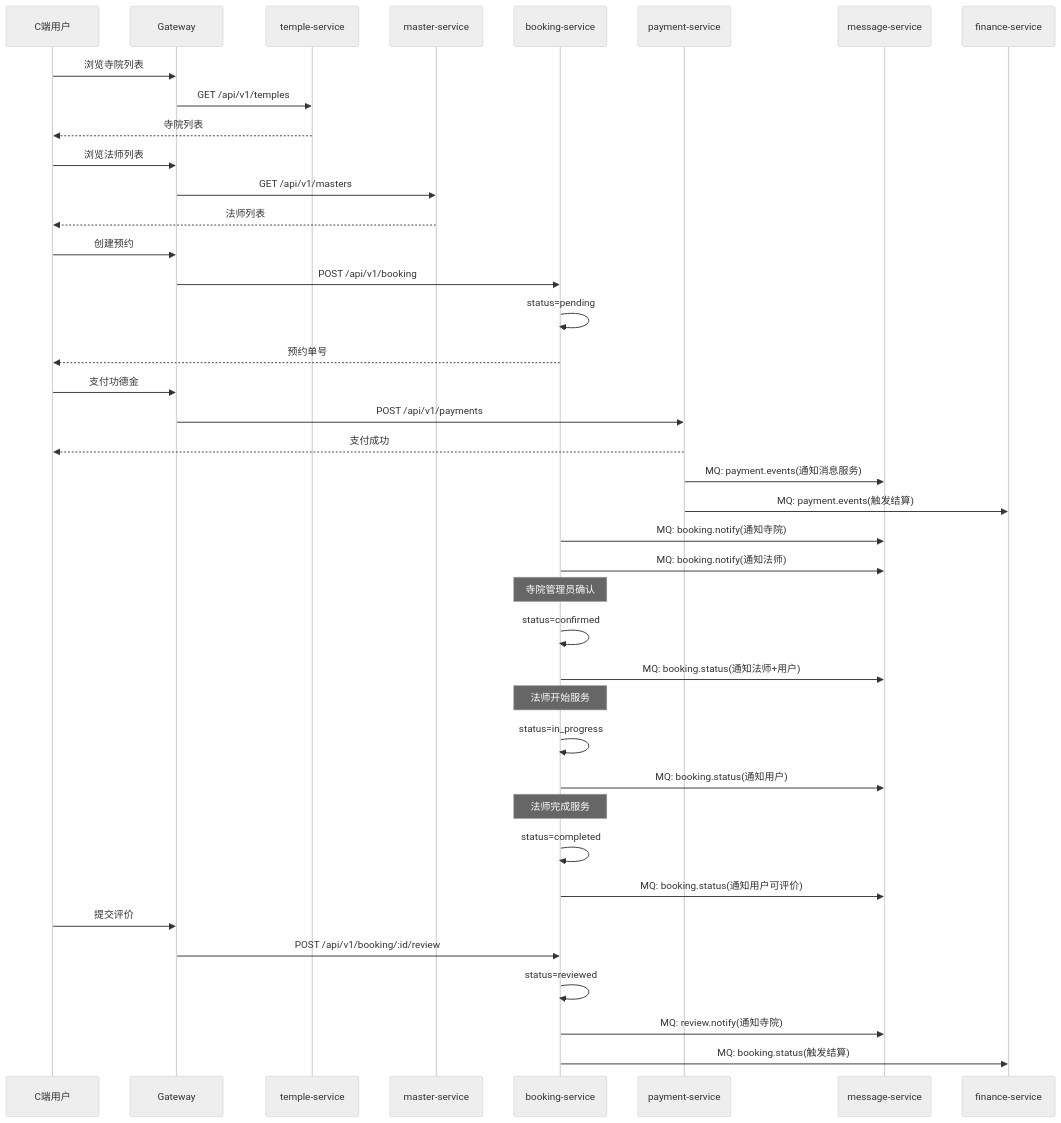
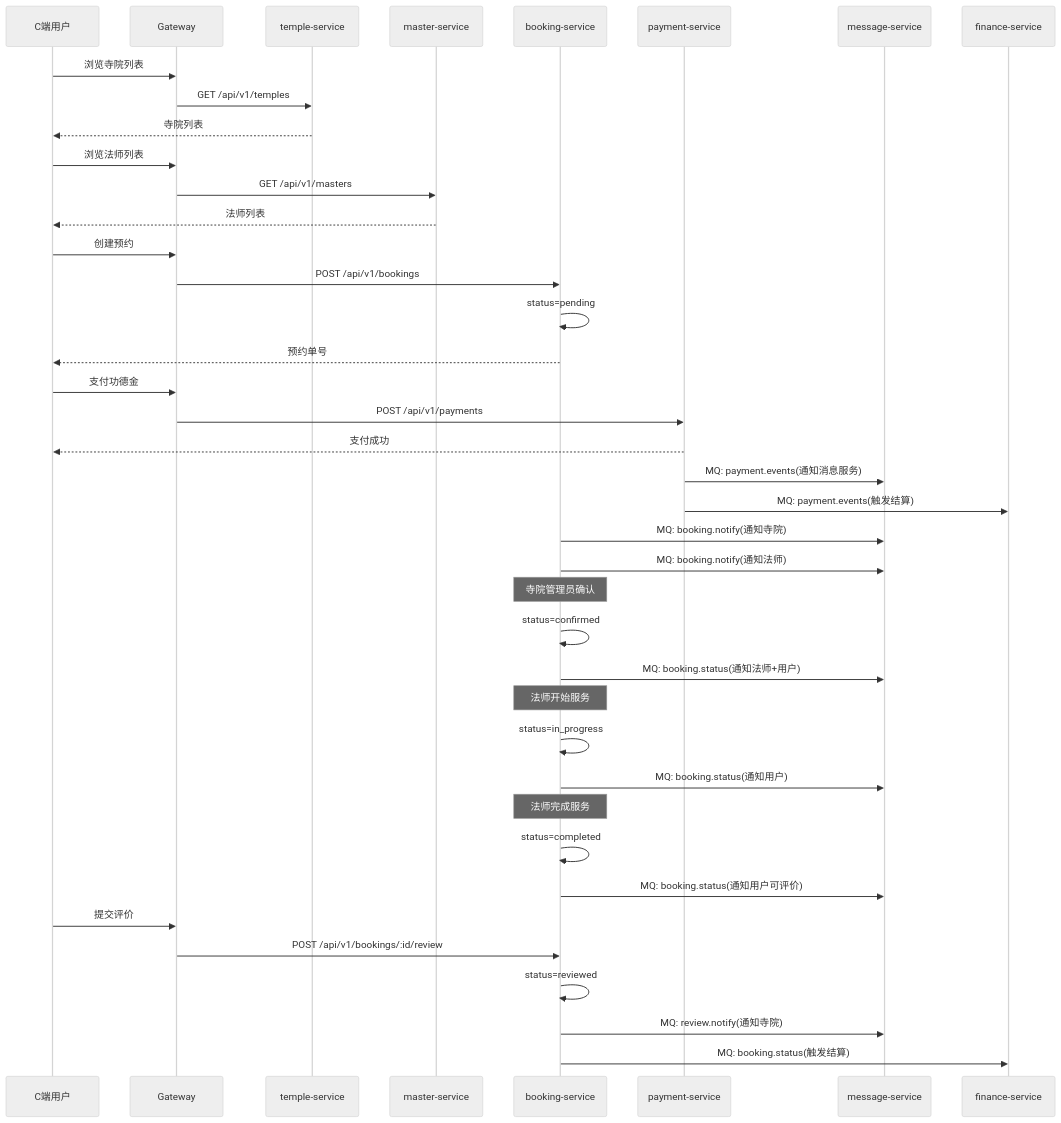
One commit to askxuan-dongfang/askxuan-docs changed the second of 11 diagrams in docs/architecture/业务流程.md. Above: the diagram before and after it, drawn with Mermaid (neutral theme). The commit also changed other lines of this file and 6 other files, not shown here.

````diff
--- a/docs/architecture/业务流程.md
+++ b/docs/architecture/业务流程.md
@@ -52,51 +52,51 @@
 ```mermaid
 sequenceDiagram
     participant U as C端用户
     participant GW as Gateway
     participant T as temple-service
     participant M as master-service
     participant B as booking-service
     participant P as payment-service
     participant MSG as message-service
     participant F as finance-service
 
     U->>GW: 浏览寺院列表
     GW->>T: GET /api/v1/temples
     T-->>U: 寺院列表
 
     U->>GW: 浏览法师列表
     GW->>M: GET /api/v1/masters
     M-->>U: 法师列表
 
     U->>GW: 创建预约
-    GW->>B: POST /api/v1/booking
+    GW->>B: POST /api/v1/bookings
     B->>B: status=pending
     B-->>U: 预约单号
 
     U->>GW: 支付功德金
     GW->>P: POST /api/v1/payments
     P-->>U: 支付成功
     P->>MSG: MQ: payment.events(通知消息服务)
     P->>F: MQ: payment.events(触发结算)
 
     B->>MSG: MQ: booking.notify(通知寺院)
     B->>MSG: MQ: booking.notify(通知法师)
 
     Note over B: 寺院管理员确认
     B->>B: status=confirmed
     B->>MSG: MQ: booking.status(通知法师+用户)
 
     Note over B: 法师开始服务
     B->>B: status=in_progress
     B->>MSG: MQ: booking.status(通知用户)
 
     Note over B: 法师完成服务
     B->>B: status=completed
     B->>MSG: MQ: booking.status(通知用户可评价)
 
     U->>GW: 提交评价
-    GW->>B: POST /api/v1/booking/:id/review
+    GW->>B: POST /api/v1/bookings/:id/review
     B->>B: status=reviewed
     B->>MSG: MQ: review.notify(通知寺院)
     B->>F: MQ: booking.status(触发结算)
 ```
````
